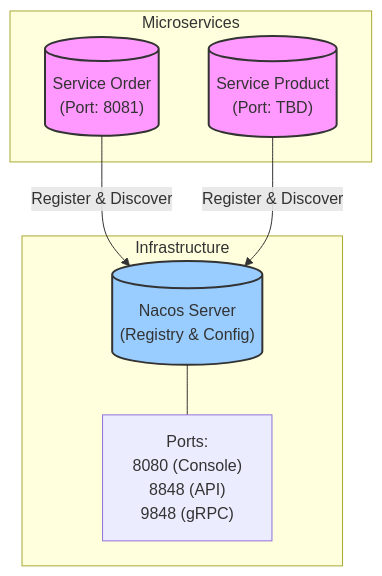
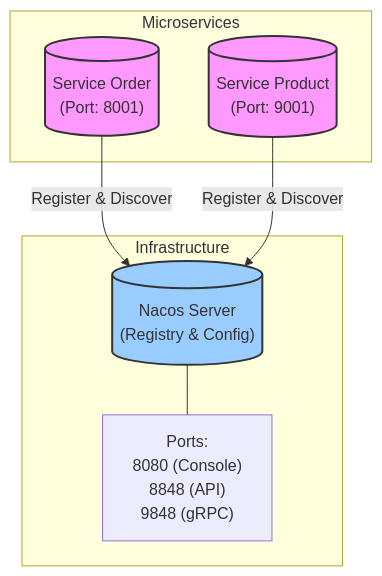
Before and after one commit to rainyctl/rainy-spring-cloud: the diagram in README.md, drawn with Mermaid. The commit also changed other lines of this file and 4 other files, not shown here.

````diff
--- a/README.md
+++ b/README.md
@@ -15,22 +15,22 @@
 ```mermaid
 graph TD
     subgraph Infrastructure
         Nacos[("Nacos Server<br>(Registry & Config)")]
         NacosPorts["Ports:<br>8080 (Console)<br>8848 (API)<br>9848 (gRPC)"]
         Nacos --- NacosPorts
     end
 
     subgraph Microservices
-        Order[("Service Order<br>(Port: 8081)")]
-        Product[("Service Product<br>(Port: TBD)")]
+        Order[("Service Order<br>(Port: 8001)")]
+        Product[("Service Product<br>(Port: 9001)")]
     end
 
     Order -->|Register & Discover| Nacos
     Product -->|Register & Discover| Nacos
     
     classDef service fill:#f9f,stroke:#333,stroke-width:2px;
     classDef infra fill:#9cf,stroke:#333,stroke-width:2px;
     
     class Order,Product service;
     class Nacos infra;
 ```
````
